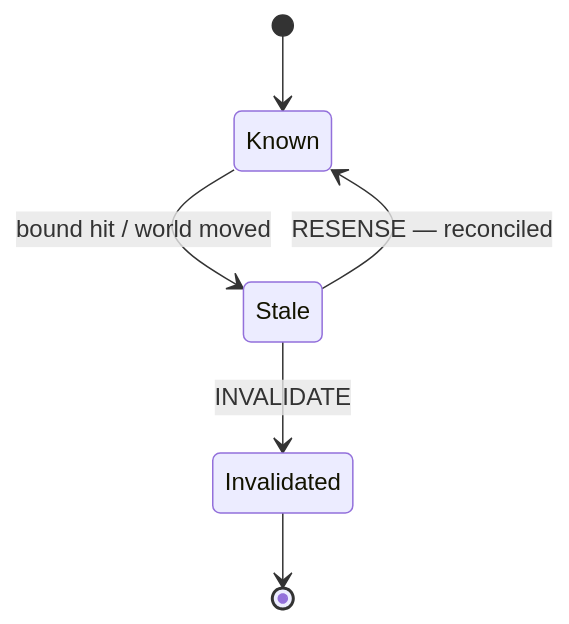
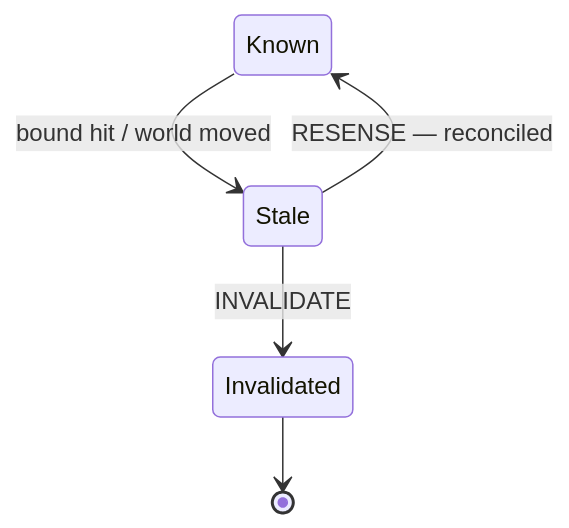
Before and after one commit to thompsonson/intelligent_agents: the second of 2 diagrams in documentation/ia-series/14-managing-belief-state/blog.md, drawn with Mermaid. The commit also changed other lines of this file, not shown here.

````diff
--- a/documentation/ia-series/14-managing-belief-state/blog.md
+++ b/documentation/ia-series/14-managing-belief-state/blog.md
@@ -95,8 +97,7 @@
 ```mermaid
 stateDiagram-v2
-    [*] --> Known
     Known --> Stale : bound hit / world moved
     Stale --> Known : RESENSE — reconciled
     Stale --> Invalidated : INVALIDATE
     Invalidated --> [*]
 ```
````
